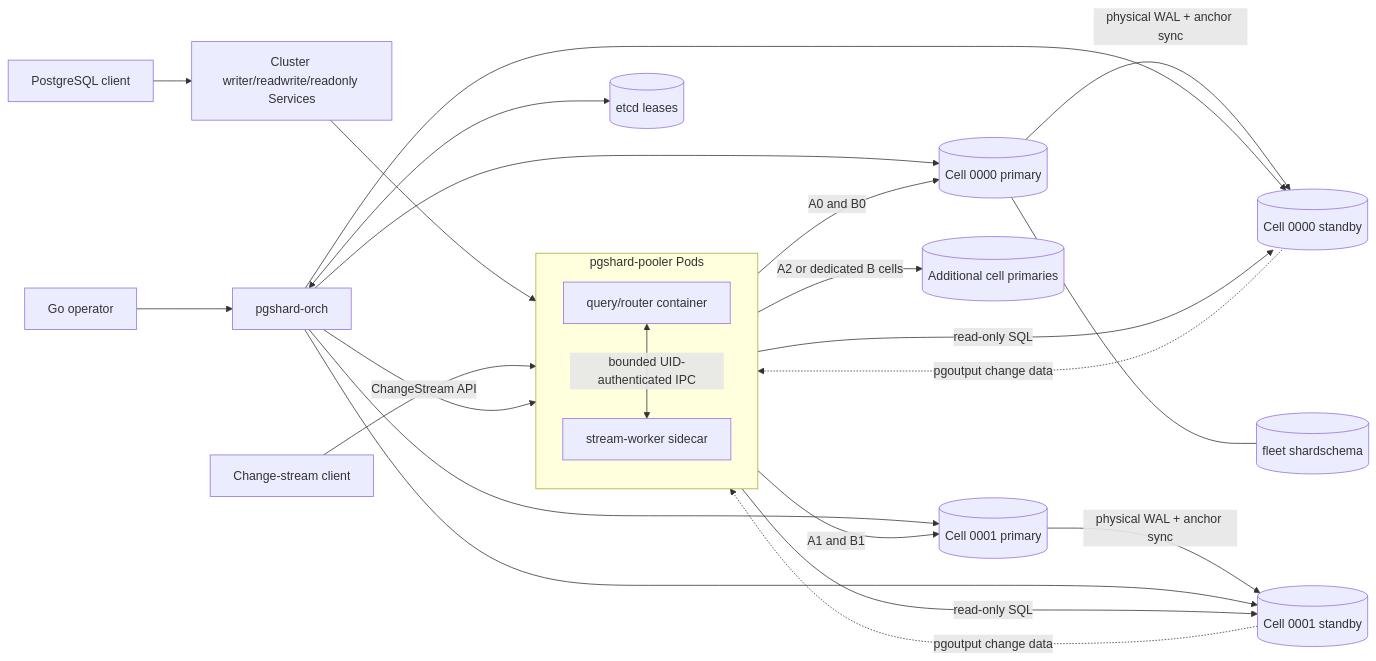
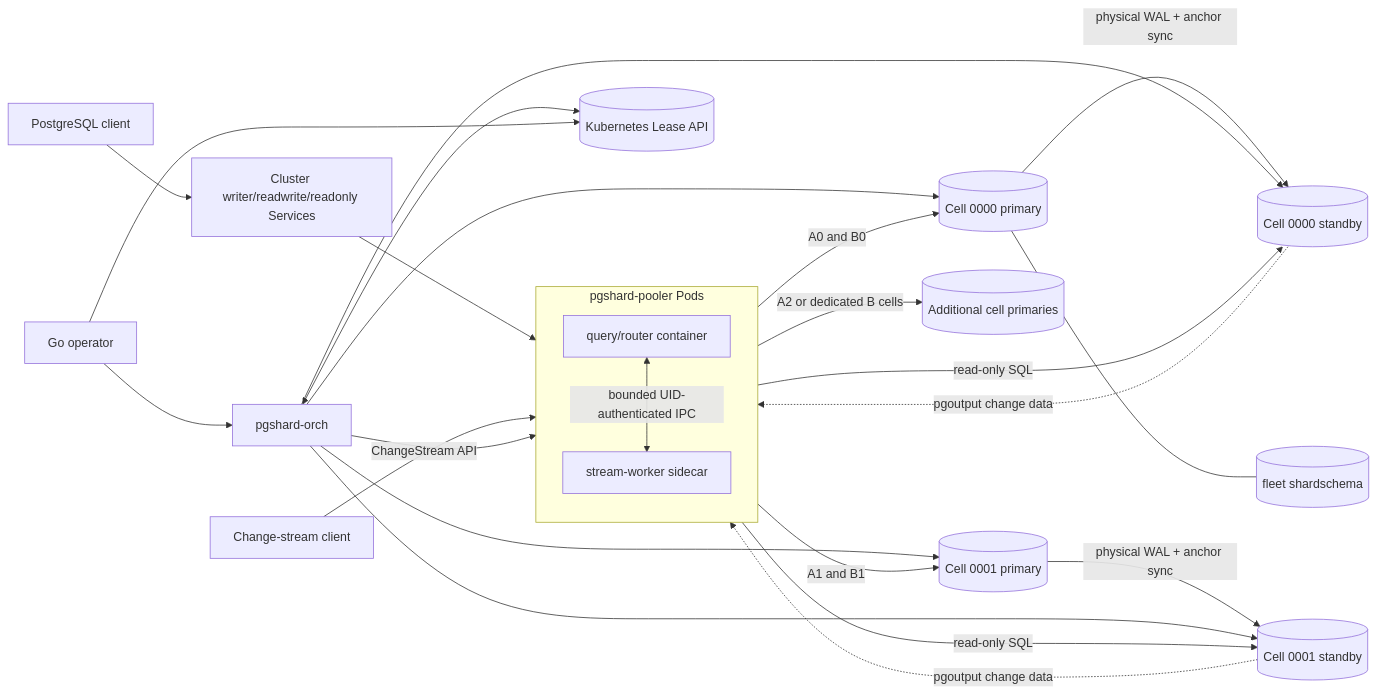
Before and after one commit to andrew01234567890/pgshard: the diagram in website/docs/concepts/architecture.md, drawn with Mermaid. The commit also changed other lines of this file and 44 other files, not shown here.

````diff
--- a/website/docs/concepts/architecture.md
+++ b/website/docs/concepts/architecture.md
@@ -22,29 +22,30 @@
 ```mermaid
 flowchart LR
   app[PostgreSQL client] --> svc[Cluster writer/readwrite/readonly Services]
   subgraph pool[pgshard-pooler Pods]
     direction TB
     query[query/router container]
     stream[stream-worker sidecar]
     query <-->|bounded UID-authenticated IPC| stream
   end
   svc --> query
   cdc[Change-stream client] -->|ChangeStream API| stream
   query -->|A0 and B0| p0[(Cell 0000 primary)]
   query -->|A1 and B1| p1[(Cell 0001 primary)]
   query -->|A2 or dedicated B cells| pn[(Additional cell primaries)]
   p0 -->|physical WAL + anchor sync| r00[(Cell 0000 standby)]
   p1 -->|physical WAL + anchor sync| r10[(Cell 0001 standby)]
   query -->|read-only SQL| r00
   query -->|read-only SQL| r10
   r00 -.->|pgoutput change data| stream
   r10 -.->|pgoutput change data| stream
   p0 --- schema[(fleet shardschema)]
   orch[pgshard-orch] --> p0
   orch --> p1
   orch --> r00
   orch --> r10
   orch --> stream
-  orch <--> etcd[(etcd leases)]
+  orch <--> leases[(Kubernetes Lease API)]
   operator[Go operator] --> orch
+  operator --> leases
 ```
````
